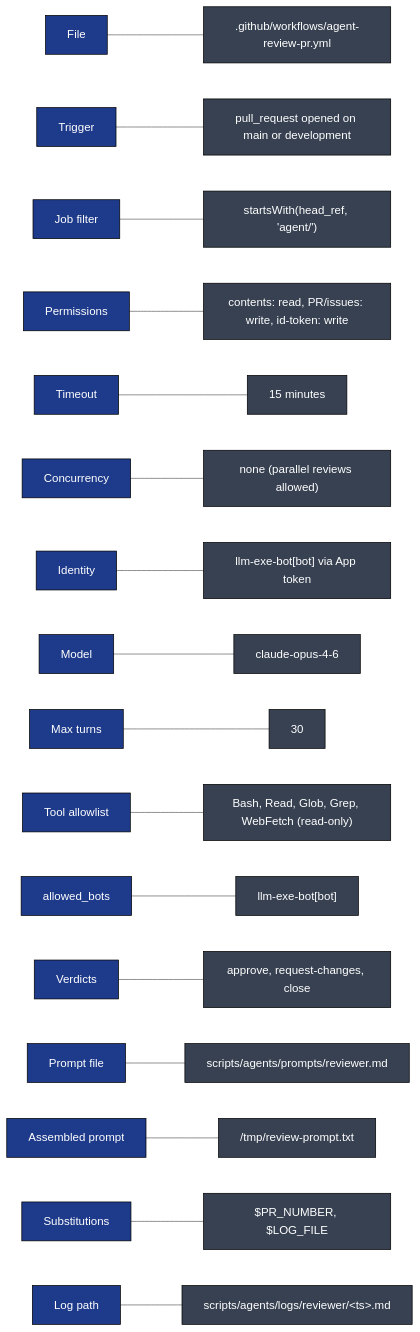
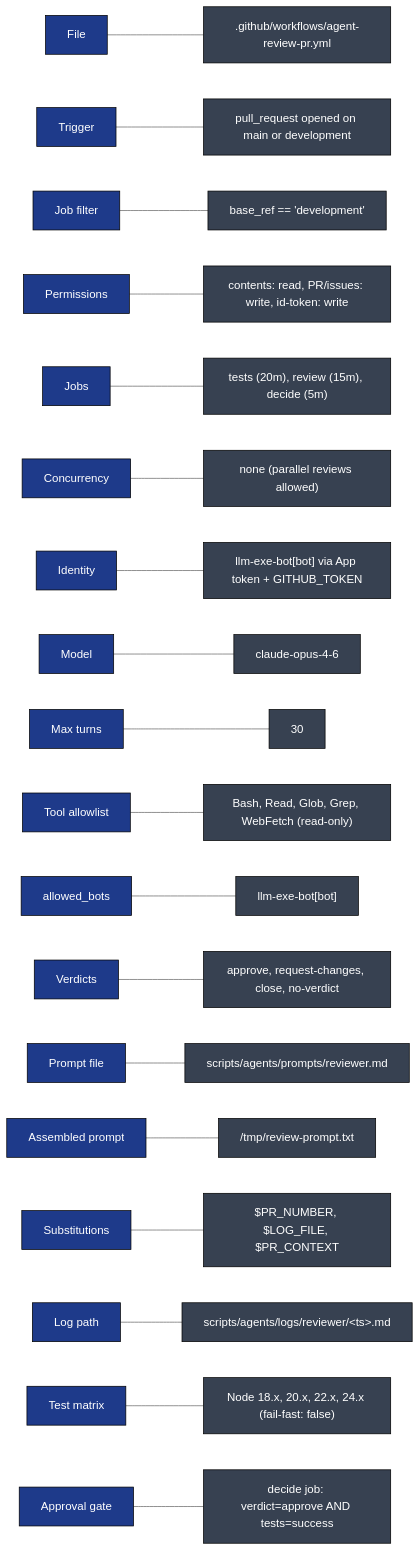
Diagram 12 of 12 in .github/docs/AGENT_REVIEW_PR_DEEP_DIVE.md (gregreindel/llm-exe), drawn with Mermaid (neutral theme) before and after one commit. The commit also changed other lines of this file and 2 other files, not shown here.

First line of the commit message:
docs: sync AGENT_REVIEW_PR_DEEP_DIVE and WORKFLOW_ARCHITECTURE after agent-review-pr.yml restructure

````diff
--- a/.github/docs/AGENT_REVIEW_PR_DEEP_DIVE.md
+++ b/.github/docs/AGENT_REVIEW_PR_DEEP_DIVE.md
@@ -534,22 +601,24 @@
 ```mermaid
 flowchart LR
     classDef k fill:#1e3a8a,color:#fff,stroke:#000
     classDef v fill:#374151,color:#fff,stroke:#000
 
     K1["File"]:::k --- V1[".github/workflows/agent-review-pr.yml"]:::v
     K2["Trigger"]:::k --- V2["pull_request opened on main or development"]:::v
-    K3["Job filter"]:::k --- V3["startsWith(head_ref, 'agent/')"]:::v
+    K3["Job filter"]:::k --- V3["base_ref == 'development'"]:::v
     K4["Permissions"]:::k --- V4["contents: read, PR/issues: write, id-token: write"]:::v
-    K5["Timeout"]:::k --- V5["15 minutes"]:::v
+    K5["Jobs"]:::k --- V5["tests (20m), review (15m), decide (5m)"]:::v
     K6["Concurrency"]:::k --- V6["none (parallel reviews allowed)"]:::v
-    K7["Identity"]:::k --- V7["llm-exe-bot[bot] via App token"]:::v
+    K7["Identity"]:::k --- V7["llm-exe-bot[bot] via App token + GITHUB_TOKEN"]:::v
     K8["Model"]:::k --- V8["claude-opus-4-6"]:::v
     K9["Max turns"]:::k --- V9["30"]:::v
     K10["Tool allowlist"]:::k --- V10["Bash, Read, Glob, Grep, WebFetch (read-only)"]:::v
     K11["allowed_bots"]:::k --- V11["llm-exe-bot[bot]"]:::v
-    K12["Verdicts"]:::k --- V12["approve, request-changes, close"]:::v
+    K12["Verdicts"]:::k --- V12["approve, request-changes, close, no-verdict"]:::v
     K13["Prompt file"]:::k --- V13["scripts/agents/prompts/reviewer.md"]:::v
     K14["Assembled prompt"]:::k --- V14["/tmp/review-prompt.txt"]:::v
-    K15["Substitutions"]:::k --- V15["$PR_NUMBER, $LOG_FILE"]:::v
+    K15["Substitutions"]:::k --- V15["$PR_NUMBER, $LOG_FILE, $PR_CONTEXT"]:::v
     K16["Log path"]:::k --- V16["scripts/agents/logs/reviewer/&lt;ts&gt;.md"]:::v
+    K17["Test matrix"]:::k --- V17["Node 18.x, 20.x, 22.x, 24.x (fail-fast: false)"]:::v
+    K18["Approval gate"]:::k --- V18["decide job: verdict=approve AND tests=success"]:::v
 ```
````
